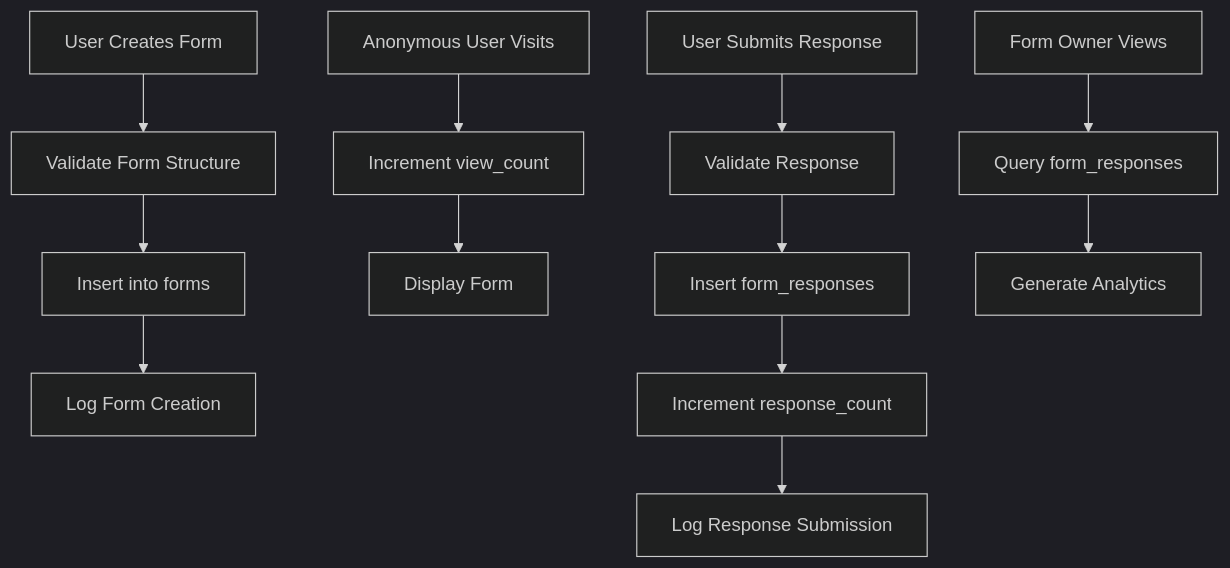
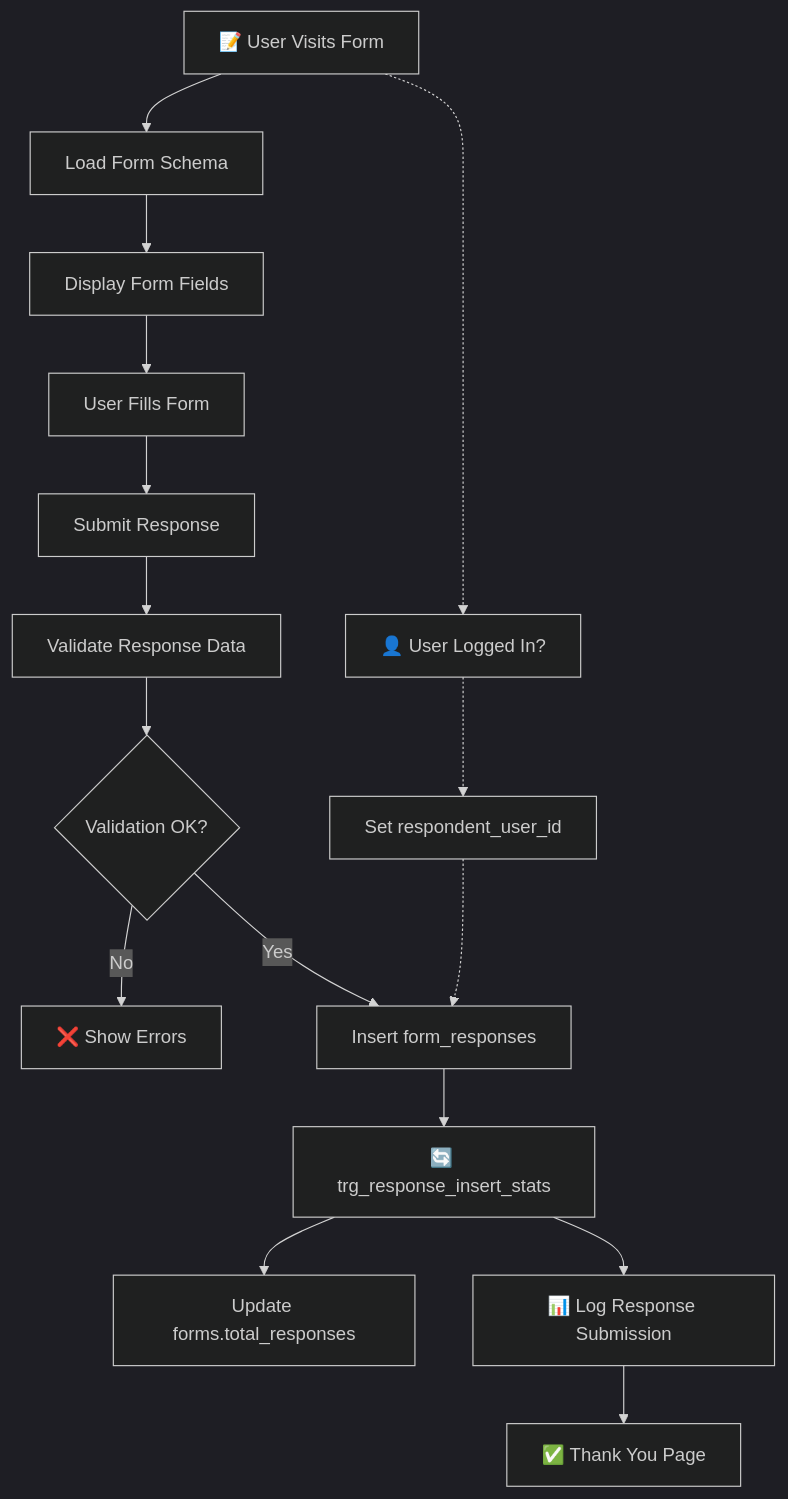
One commit to 123hassani-ai/Data-Save changed the fourth of 5 diagrams in docs/03-Database-Schema/relationships-diagram.md. Above: the diagram before and after it, drawn with Mermaid (dark theme). The commit also changed other lines of this file and 19 other files, not shown here.

````diff
--- a/docs/03-Database-Schema/relationships-diagram.md
+++ b/docs/03-Database-Schema/relationships-diagram.md
@@ -391,17 +404,22 @@
-```mermaid
+```mermaid  
 flowchart TD
-    A[User Creates Form] --> B[Validate Form Structure]
-    B --> C[Insert into forms]
-    C --> D[Log Form Creation]
+    A[📝 User Visits Form] --> B[Load Form Schema]
+    B --> C[Display Form Fields] 
+    C --> D[User Fills Form]
+    D --> E[Submit Response]
     
-    E[Anonymous User Visits] --> F[Increment view_count]
-    F --> G[Display Form]
+    E --> F[Validate Response Data]
+    F --> G{Validation OK?}
+    G -->|No| H[❌ Show Errors]
+    G -->|Yes| I[Insert form_responses]
     
-    H[User Submits Response] --> I[Validate Response]
-    I --> J[Insert form_responses]
-    J --> K[Increment response_count]
-    K --> L[Log Response Submission]
+    I --> J[🔄 trg_response_insert_stats]
+    J --> K[Update forms.total_responses]
+    J --> L[📊 Log Response Submission]
+    L --> M[✅ Thank You Page]
     
-    M[Form Owner Views] --> N[Query form_responses]
-    N --> O[Generate Analytics]
+    %% Optional User Authentication
+    A -.-> N[👤 User Logged In?]
+    N -.-> O[Set respondent_user_id]
+    O -.-> I
 ```
````
